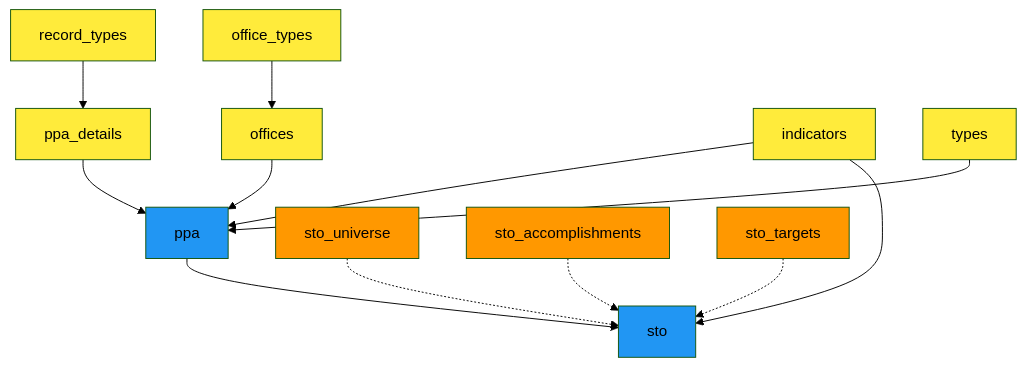
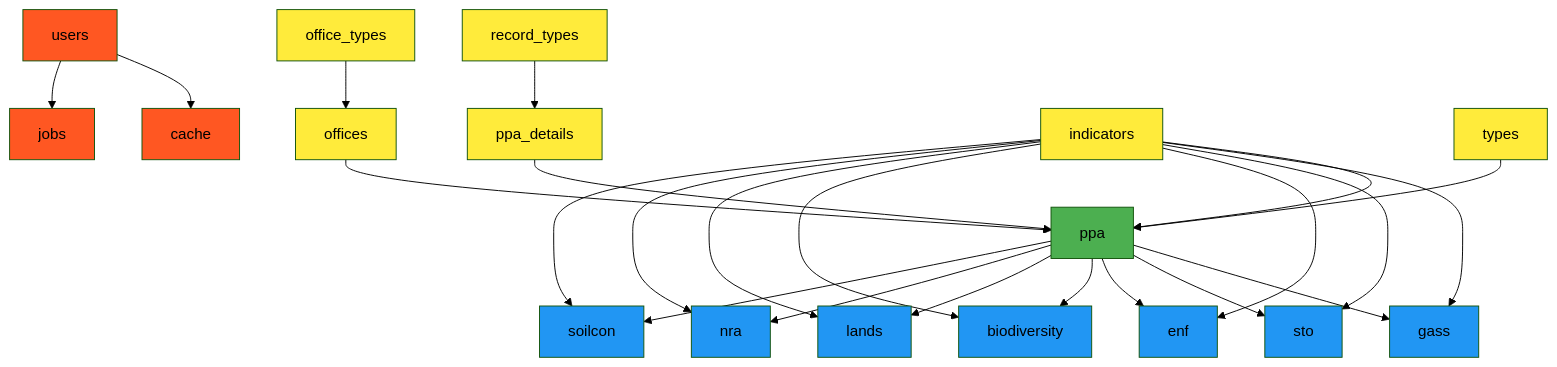
One commit to brandon3sican/univ_base changed the tenth of 11 diagrams in db-schema-and-diagram.md. Above: the diagram before and after it, drawn with Mermaid (forest theme). The commit also changed other lines of this file and 53 other files, not shown here.

Commit message:
db schema

````diff
--- a/db-schema-and-diagram.md
+++ b/db-schema-and-diagram.md
@@ -413,25 +552,41 @@
 ```mermaid
 graph TD
-    A[office_types] --> B[offices]
-    C[record_types] --> D[ppa_details]
-    E[indicators] --> F[ppa]
-    G[types] --> F
-    D --> F
-    B --> F
-    F --> H[sto]
-    E --> H
+    %% Laravel System Tables
+    U[users] --> C[cache]
+    U --> J[jobs]
     
-    %% STO Data Tables (independent but referenced by sto)
-    I[sto_universe] -.-> H
-    J[sto_accomplishments] -.-> H
-    K[sto_targets] -.-> H
+    %% Foundation Tables
+    OT[office_types] --> O[offices]
+    RT[record_types] --> PD[ppa_details]
+    I[indicators] --> P[ppa]
+    T[types] --> P
+    PD --> P
+    O --> P
     
+    %% Module Tables (independent but depend on PPA and indicators)
+    P --> GASS[gass]
+    P --> STO[sto]
+    P --> ENF[enf]
+    P --> BIO[biodiversity]
+    P --> LAND[lands]
+    P --> NRA[nra]
+    P --> SOIL[soilcon]
+    
+    I --> GASS
+    I --> STO
+    I --> ENF
+    I --> BIO
+    I --> LAND
+    I --> NRA
+    I --> SOIL
+    
+    classDef laravel fill:#ff5722
     classDef base fill:#ffeb3b
     classDef structure fill:#4caf50
-    classDef sto fill:#2196f3
-    classDef sto_data fill:#ff9800
+    classDef module fill:#2196f3
     
-    class A,B,C,D,E,G base
-    class F,H sto
-    class I,J,K sto_data
+    class U,C,J laravel
+    class OT,O,RT,PD,I,T base
+    class P structure
+    class GASS,STO,ENF,BIO,LAND,NRA,SOIL module
 ```
````
